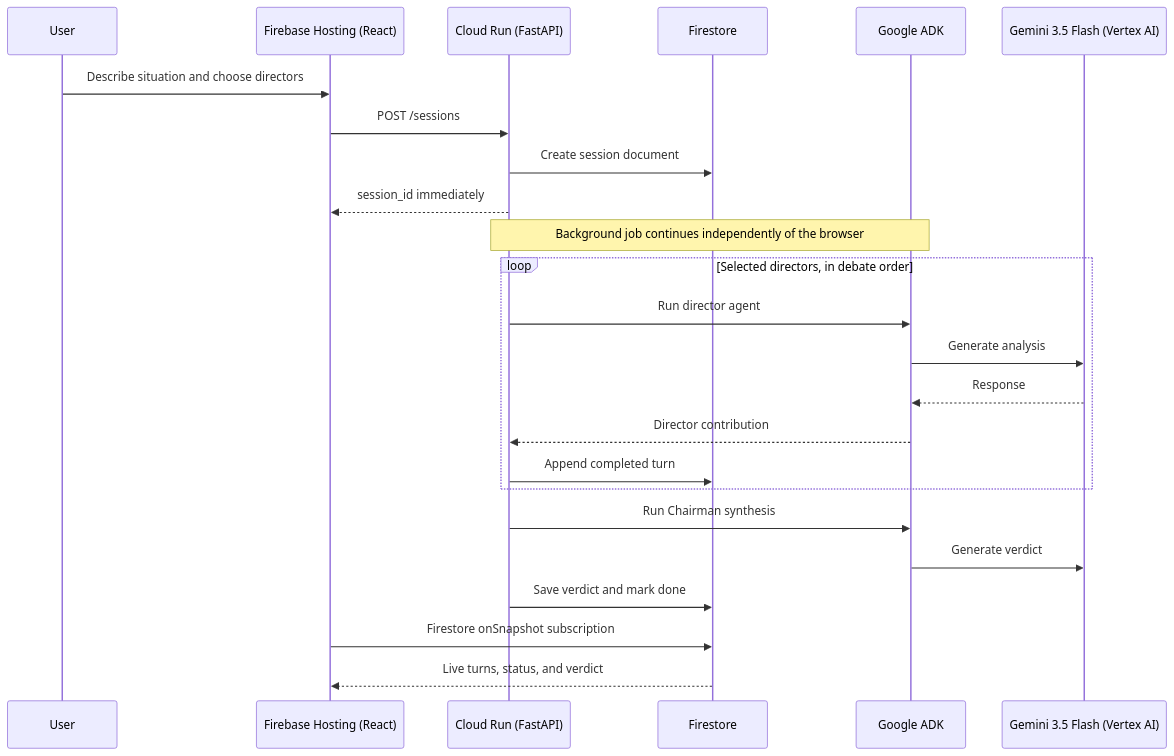
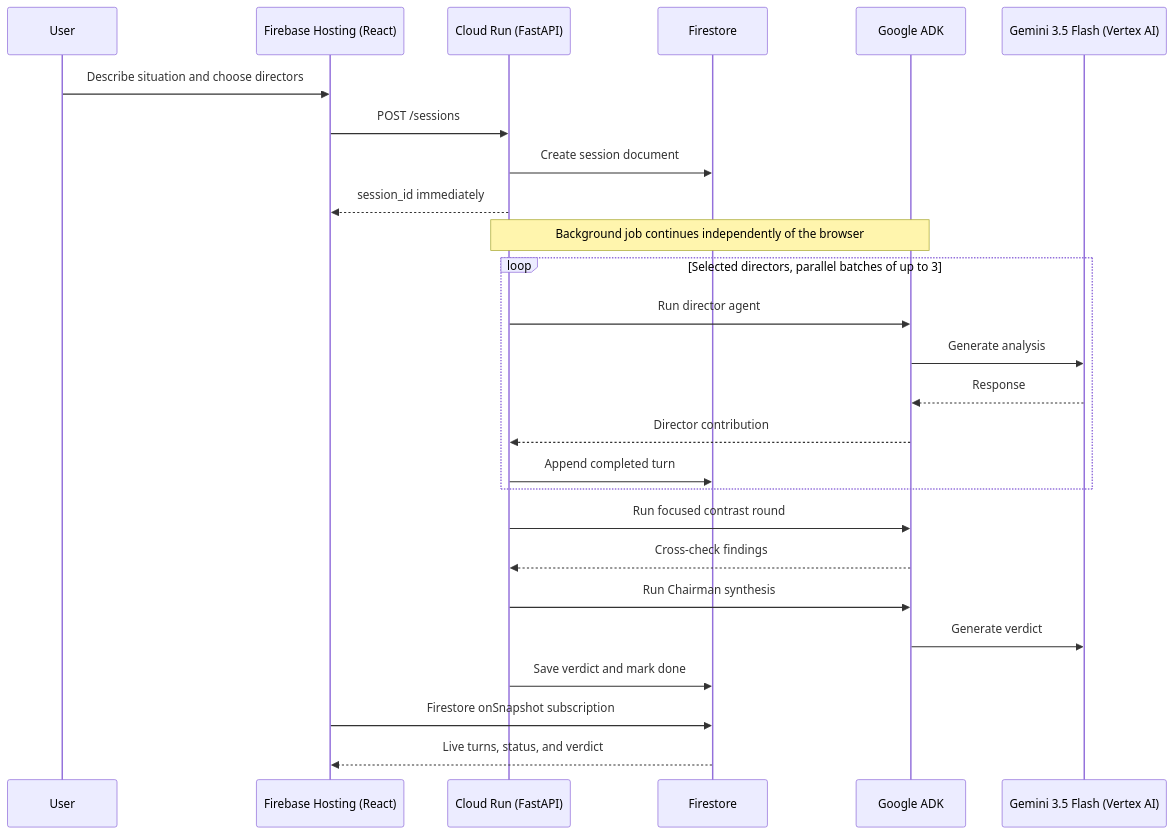
One commit to JotaEse68/junta-directiva-hackathon changed the diagram in docs/architecture.md. Above: the diagram before and after it, drawn with Mermaid. The commit also changed other lines of this file and 2 other files, not shown here.

````diff
--- a/docs/architecture.md
+++ b/docs/architecture.md
@@ -13,27 +14,29 @@
 ```mermaid
 sequenceDiagram
     participant U as User
     participant FE as Firebase Hosting (React)
     participant BE as Cloud Run (FastAPI)
     participant FS as Firestore
     participant ADK as Google ADK
     participant G as Gemini 3.5 Flash (Vertex AI)
 
     U->>FE: Describe situation and choose directors
     FE->>BE: POST /sessions
     BE->>FS: Create session document
     BE-->>FE: session_id immediately
     Note over BE,ADK: Background job continues independently of the browser
-    loop Selected directors, in debate order
+    loop Selected directors, parallel batches of up to 3
         BE->>ADK: Run director agent
         ADK->>G: Generate analysis
         G-->>ADK: Response
         ADK-->>BE: Director contribution
         BE->>FS: Append completed turn
     end
+    BE->>ADK: Run focused contrast round
+    ADK-->>BE: Cross-check findings
     BE->>ADK: Run Chairman synthesis
     ADK->>G: Generate verdict
     BE->>FS: Save verdict and mark done
     FE->>FS: Firestore onSnapshot subscription
     FS-->>FE: Live turns, status, and verdict
 ```
````
